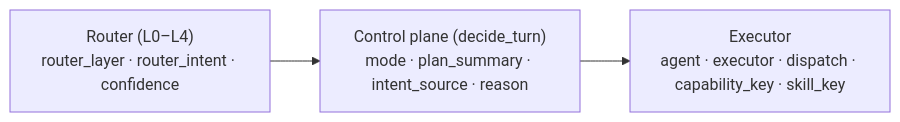
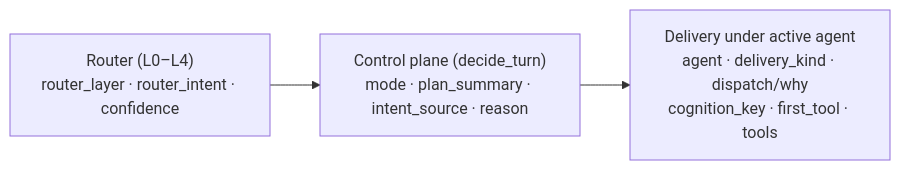
The seventh of 7 diagrams in docs/conversation-turn-lifecycle-diagram.md (walidnegm/conversation-control-plane), drawn with Mermaid before and after one commit. The commit also changed other lines of this file and 19 other files, not shown here.

````diff
--- a/docs/conversation-turn-lifecycle-diagram.md
+++ b/docs/conversation-turn-lifecycle-diagram.md
@@ -274,6 +323,6 @@
 ```mermaid
 flowchart LR
   H1["Router (L0–L4)<br/>router_layer · router_intent · confidence"]
     --> H2["Control plane (decide_turn)<br/>mode · plan_summary · intent_source · reason"]
-    --> H3["Executor<br/>agent · executor · dispatch · capability_key · skill_key"]
+    --> H3["Delivery under active agent<br/>agent · delivery_kind · dispatch/why<br/>cognition_key · first_tool · tools"]
 ```
````
